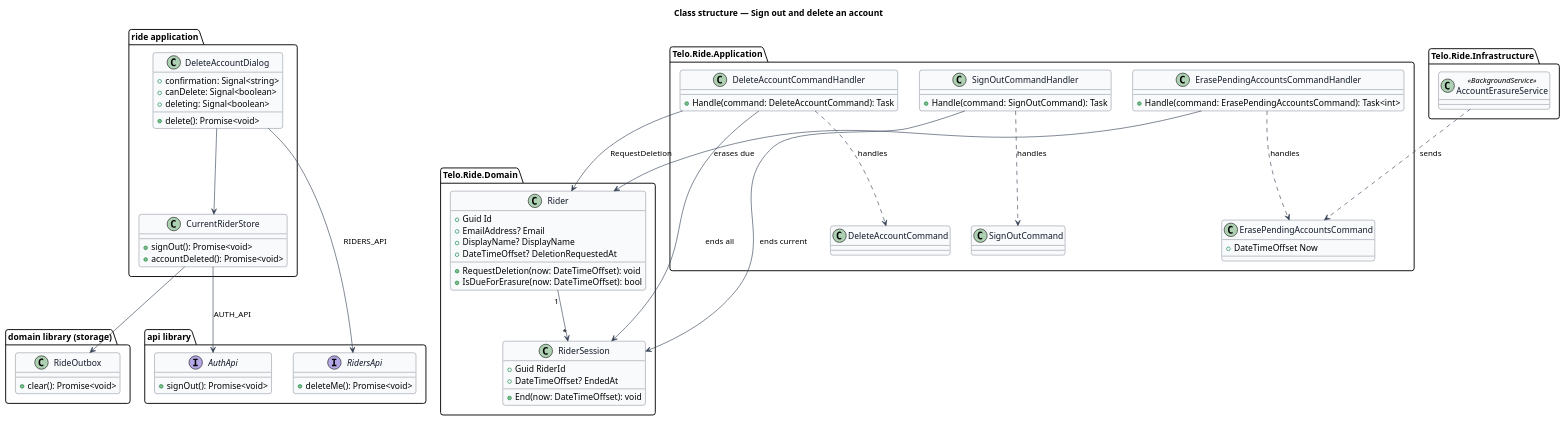
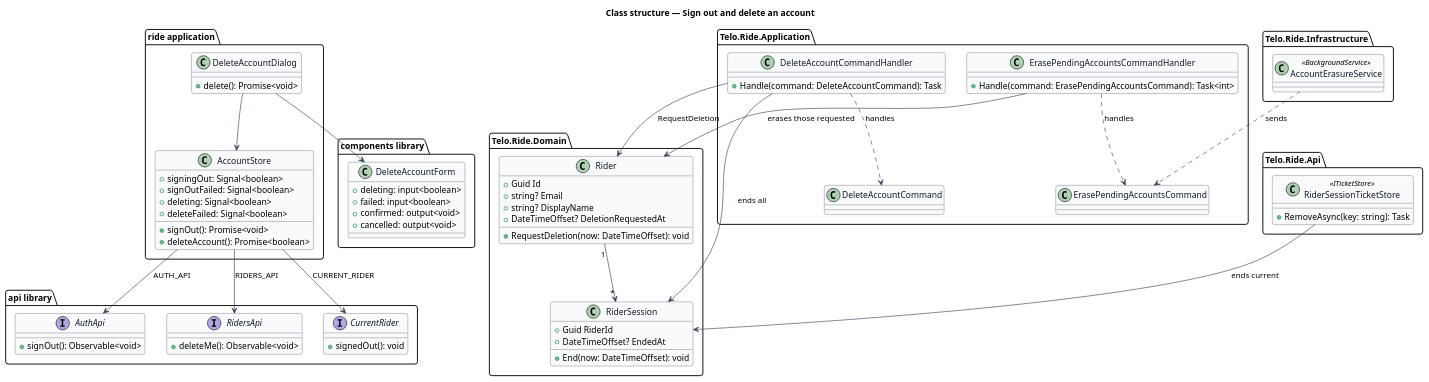
Before and after one commit to QuinntyneBrown/ride-one: the diagram in docs/detailed-designs/accounts/sign-out-and-delete-an-account/diagrams/class-structure.puml, drawn with PlantUML. The commit also changed 31 other files, not shown here.

First line of the commit message:
Draw and specify signing out and deleting an account

```diff
--- a/docs/detailed-designs/accounts/sign-out-and-delete-an-account/diagrams/class-structure.puml
+++ b/docs/detailed-designs/accounts/sign-out-and-delete-an-account/diagrams/class-structure.puml
@@ -1,88 +1,93 @@
 @startuml
 set separator none
 ' --- shared skin header ---
 skinparam backgroundColor #FFFFFF
 skinparam shadowing false
 skinparam roundcorner 8
 skinparam defaultFontName Arial
 skinparam ArrowColor #344054
 skinparam class {
   BorderColor #344054
   FontColor #101828
   BackgroundColor #F9FAFB
 }
 ' --------------------------
 title Class structure — Sign out and delete an account
 package "ride application" {
   class DeleteAccountDialog {
-    +confirmation: Signal<string>
-    +canDelete: Signal<boolean>
-    +deleting: Signal<boolean>
     +delete(): Promise<void>
   }
-  class CurrentRiderStore {
+  class AccountStore {
+    +signingOut: Signal<boolean>
+    +signOutFailed: Signal<boolean>
+    +deleting: Signal<boolean>
+    +deleteFailed: Signal<boolean>
     +signOut(): Promise<void>
-    +accountDeleted(): Promise<void>
+    +deleteAccount(): Promise<boolean>
+  }
+}
+package "components library" {
+  class DeleteAccountForm {
+    +deleting: input<boolean>
+    +failed: input<boolean>
+    +confirmed: output<void>
+    +cancelled: output<void>
   }
 }
 package "api library" {
   interface AuthApi {
-    +signOut(): Promise<void>
+    +signOut(): Observable<void>
   }
   interface RidersApi {
-    +deleteMe(): Promise<void>
+    +deleteMe(): Observable<void>
+  }
+  interface CurrentRider {
+    +signedOut(): void
   }
 }
-package "domain library (storage)" {
-  class RideOutbox {
-    +clear(): Promise<void>
-  }
-}
-DeleteAccountDialog --> RidersApi : RIDERS_API
-DeleteAccountDialog --> CurrentRiderStore
-CurrentRiderStore --> AuthApi : AUTH_API
-CurrentRiderStore --> RideOutbox
+DeleteAccountDialog --> DeleteAccountForm
+DeleteAccountDialog --> AccountStore
+AccountStore --> AuthApi : AUTH_API
+AccountStore --> RidersApi : RIDERS_API
+AccountStore --> CurrentRider : CURRENT_RIDER
 package "Telo.Ride.Application" {
-  class SignOutCommand
-  class SignOutCommandHandler {
-    +Handle(command: SignOutCommand): Task
-  }
   class DeleteAccountCommand
   class DeleteAccountCommandHandler {
     +Handle(command: DeleteAccountCommand): Task
   }
-  class ErasePendingAccountsCommand {
-    +DateTimeOffset Now
-  }
+  class ErasePendingAccountsCommand
   class ErasePendingAccountsCommandHandler {
     +Handle(command: ErasePendingAccountsCommand): Task<int>
   }
 }
 package "Telo.Ride.Domain" {
   class Rider {
     +Guid Id
-    +EmailAddress? Email
-    +DisplayName? DisplayName
+    +string? Email
+    +string? DisplayName
     +DateTimeOffset? DeletionRequestedAt
     +RequestDeletion(now: DateTimeOffset): void
-    +IsDueForErasure(now: DateTimeOffset): bool
   }
   class RiderSession {
     +Guid RiderId
     +DateTimeOffset? EndedAt
     +End(now: DateTimeOffset): void
   }
 }
+package "Telo.Ride.Api" {
+  class RiderSessionTicketStore <<ITicketStore>> {
+    +RemoveAsync(key: string): Task
+  }
+}
 package "Telo.Ride.Infrastructure" {
   class AccountErasureService <<BackgroundService>>
 }
-SignOutCommandHandler ..> SignOutCommand : handles
+RiderSessionTicketStore --> RiderSession : ends current
 DeleteAccountCommandHandler ..> DeleteAccountCommand : handles
 ErasePendingAccountsCommandHandler ..> ErasePendingAccountsCommand : handles
-SignOutCommandHandler --> RiderSession : ends current
 DeleteAccountCommandHandler --> Rider : RequestDeletion
 DeleteAccountCommandHandler --> RiderSession : ends all
-ErasePendingAccountsCommandHandler --> Rider : erases due
+ErasePendingAccountsCommandHandler --> Rider : erases those requested
 AccountErasureService ..> ErasePendingAccountsCommand : sends
 Rider "1" --> "*" RiderSession
 @enduml
```
